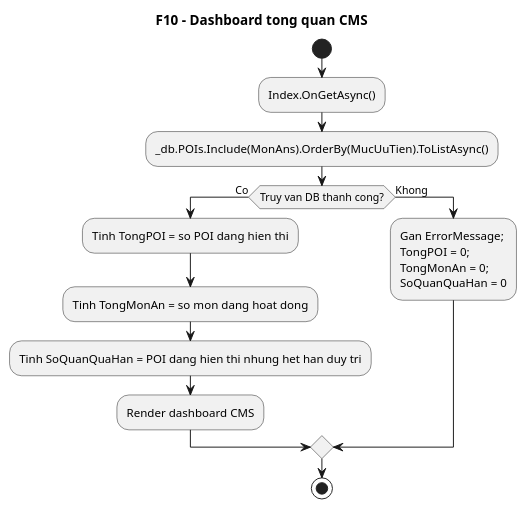
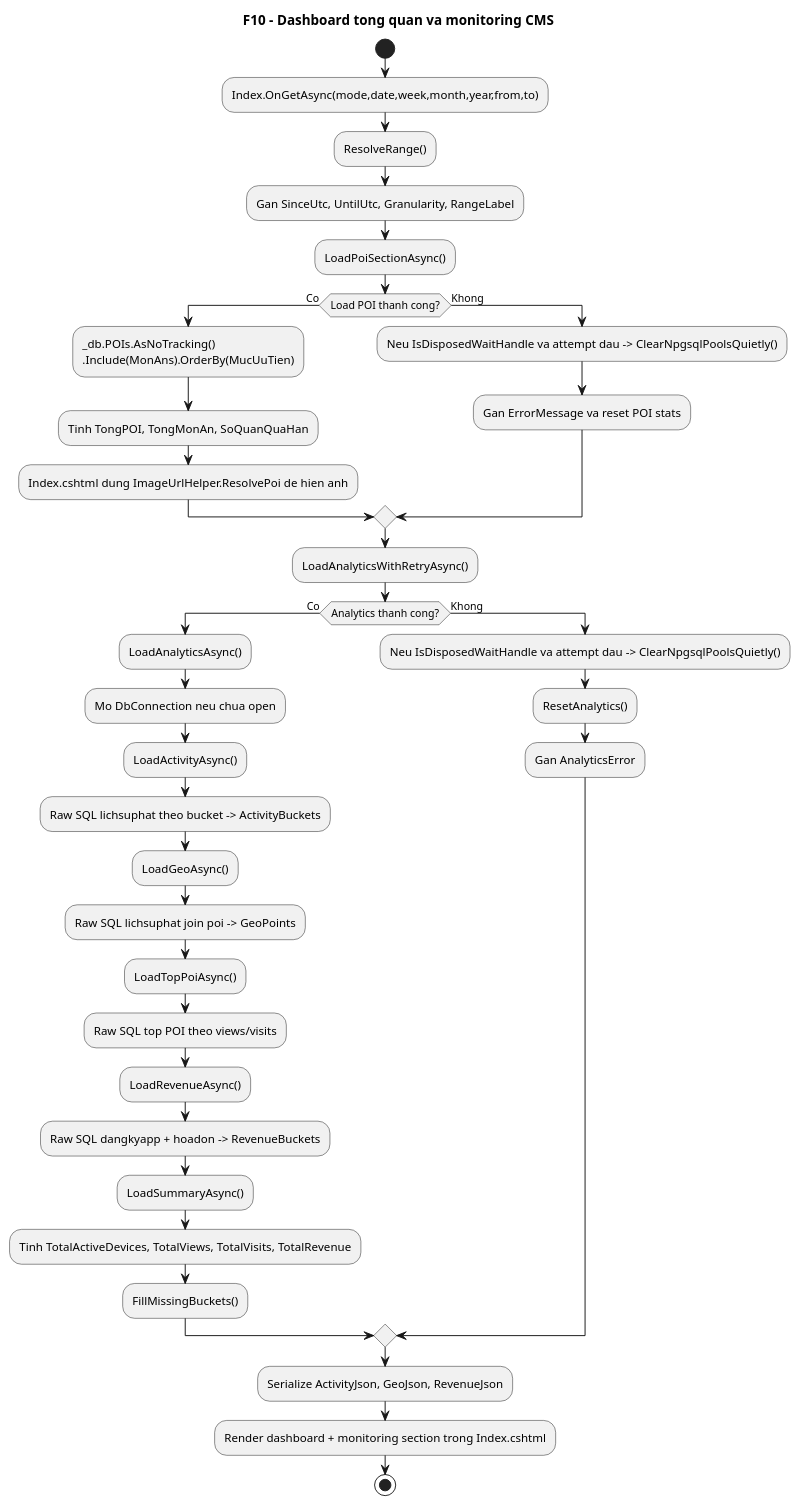
The diagram in docs/diagrams/10-dashboard-activity.puml (VoBao182/PhoAmThuc), drawn with PlantUML before and after one commit. The commit also changed 23 other files, not shown here.

```diff
--- a/docs/diagrams/10-dashboard-activity.puml
+++ b/docs/diagrams/10-dashboard-activity.puml
@@ -1,21 +1,50 @@
 @startuml
-' Diagram: F10 - Dashboard tong quan CMS (Activity)
-' Status: VERIFIED
-' Baseline: branch master, HEAD 0b9ca4b + working tree 2026-04-22
+' Diagram: F10 - Dashboard tong quan va monitoring CMS (Activity)
+' Status: WIP
+' Baseline: branch master, HEAD 29947b2
 ' Source:
-' - VinhKhanhTour.CMS/Pages/Index.cshtml.cs: OnGetAsync()
-' Note: Luong don gian va da doi chieu truc tiep voi code IndexModel hien tai; chi can sync lai neu thay doi metric hoac truy van dashboard.
-title F10 - Dashboard tong quan CMS
+' - VinhKhanhTour.CMS/Pages/Index.cshtml.cs: OnGetAsync(), ResolveRange(), LoadPoiSectionAsync(), LoadAnalyticsWithRetryAsync(), LoadAnalyticsAsync(), LoadActivityAsync(), LoadGeoAsync(), LoadTopPoiAsync(), LoadRevenueAsync(), LoadSummaryAsync(), FillMissingBuckets()
+' - VinhKhanhTour.CMS/Pages/Index.cshtml
+' - VinhKhanhTour.CMS/Utils/ImageUrlHelper.cs: ResolvePoi()
+' Note: Da sync theo dashboard hien tai co monitoring/analytics, retry ClearNpgsqlPoolsQuietly, va cac truy van raw Npgsql.
+title F10 - Dashboard tong quan va monitoring CMS
 start
-:Index.OnGetAsync();
-:_db.POIs.Include(MonAns).OrderBy(MucUuTien).ToListAsync();
-if (Truy van DB thanh cong?) then (Co)
-  :Tinh TongPOI = so POI dang hien thi;
-  :Tinh TongMonAn = so mon dang hoat dong;
-  :Tinh SoQuanQuaHan = POI dang hien thi nhung het han duy tri;
-  :Render dashboard CMS;
+:Index.OnGetAsync(mode,date,week,month,year,from,to);
+:ResolveRange();
+:Gan SinceUtc, UntilUtc, Granularity, RangeLabel;
+
+:LoadPoiSectionAsync();
+if (Load POI thanh cong?) then (Co)
+  :_db.POIs.AsNoTracking()\n.Include(MonAns).OrderBy(MucUuTien);
+  :Tinh TongPOI, TongMonAn, SoQuanQuaHan;
+  :Index.cshtml dung ImageUrlHelper.ResolvePoi de hien anh;
 else (Khong)
-  :Gan ErrorMessage;\nTongPOI = 0;\nTongMonAn = 0;\nSoQuanQuaHan = 0;
+  :Neu IsDisposedWaitHandle va attempt dau -> ClearNpgsqlPoolsQuietly();
+  :Gan ErrorMessage va reset POI stats;
 endif
+
+:LoadAnalyticsWithRetryAsync();
+if (Analytics thanh cong?) then (Co)
+  :LoadAnalyticsAsync();
+  :Mo DbConnection neu chua open;
+  :LoadActivityAsync();
+  :Raw SQL lichsuphat theo bucket -> ActivityBuckets;
+  :LoadGeoAsync();
+  :Raw SQL lichsuphat join poi -> GeoPoints;
+  :LoadTopPoiAsync();
+  :Raw SQL top POI theo views/visits;
+  :LoadRevenueAsync();
+  :Raw SQL dangkyapp + hoadon -> RevenueBuckets;
+  :LoadSummaryAsync();
+  :Tinh TotalActiveDevices, TotalViews, TotalVisits, TotalRevenue;
+  :FillMissingBuckets();
+else (Khong)
+  :Neu IsDisposedWaitHandle va attempt dau -> ClearNpgsqlPoolsQuietly();
+  :ResetAnalytics();
+  :Gan AnalyticsError;
+endif
+
+:Serialize ActivityJson, GeoJson, RevenueJson;
+:Render dashboard + monitoring section trong Index.cshtml;
 stop
 @enduml
```
